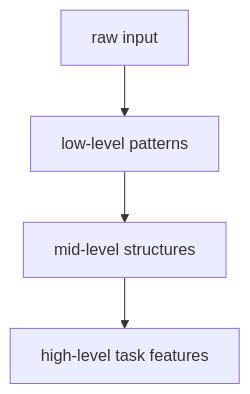
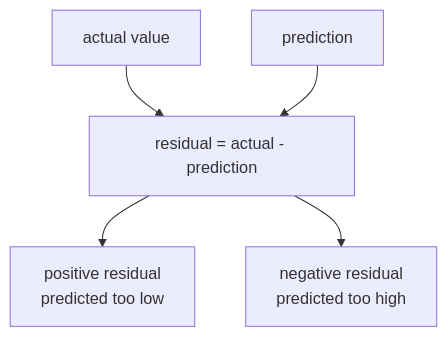
The first of 2 diagrams in docs/parts/part-04/chapter-10/section-02.md (devchan64/AiBook), drawn with Mermaid before and after one commit. The commit also changed other lines of this file and 213 other files, not shown here.

````diff
--- a/docs/parts/part-04/chapter-10/section-02.md
+++ b/docs/parts/part-04/chapter-10/section-02.md
@@ -148,11 +99,13 @@
 ```mermaid
 flowchart TD
-  A["raw input"]
-  B["low-level patterns"]
-  C["mid-level structures"]
-  D["high-level task features"]
+  A["actual value"]
+  B["prediction"]
+  C["residual = actual - prediction"]
+  D["positive residual<br/>predicted too low"]
+  E["negative residual<br/>predicted too high"]
 
-  A --> B
+  A --> C
   B --> C
   C --> D
+  C --> E
 ```
````
